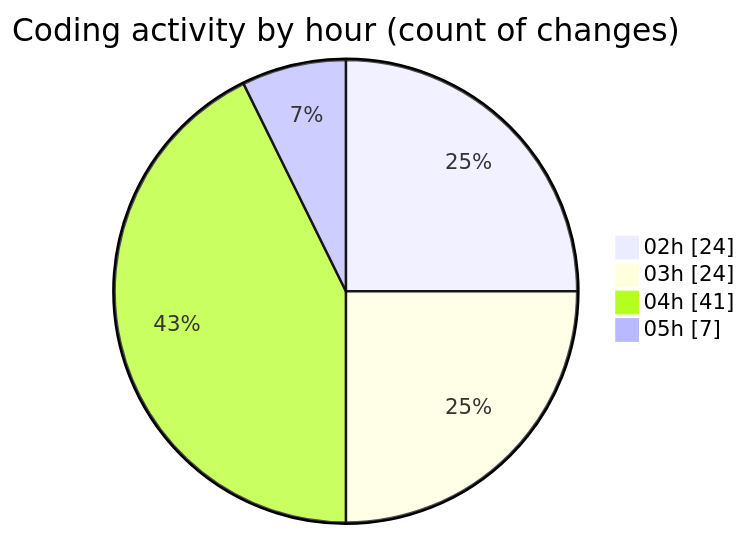
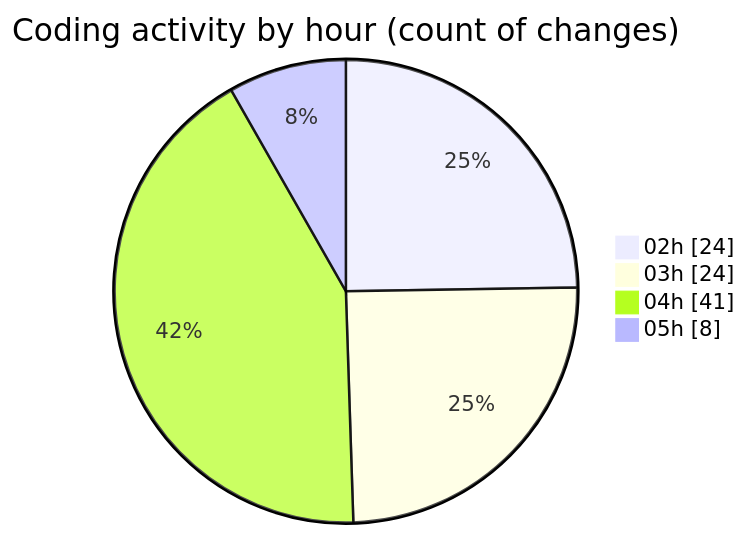
Before and after one commit to lephambinh05/code-tracking: the second of 2 diagrams in 2025-07-23/quanlyrapchieuphim/README.md, drawn with Mermaid. The commit also changed other lines of this file and 1 other file, not shown here.

````diff
--- a/2025-07-23/quanlyrapchieuphim/README.md
+++ b/2025-07-23/quanlyrapchieuphim/README.md
@@ -38,8 +38,8 @@
 ```mermaid
 pie showData
 title Coding activity by hour (count of changes)
 "02h" : 24
 "03h" : 24
 "04h" : 41
-"05h" : 7
+"05h" : 8
 ```
````
